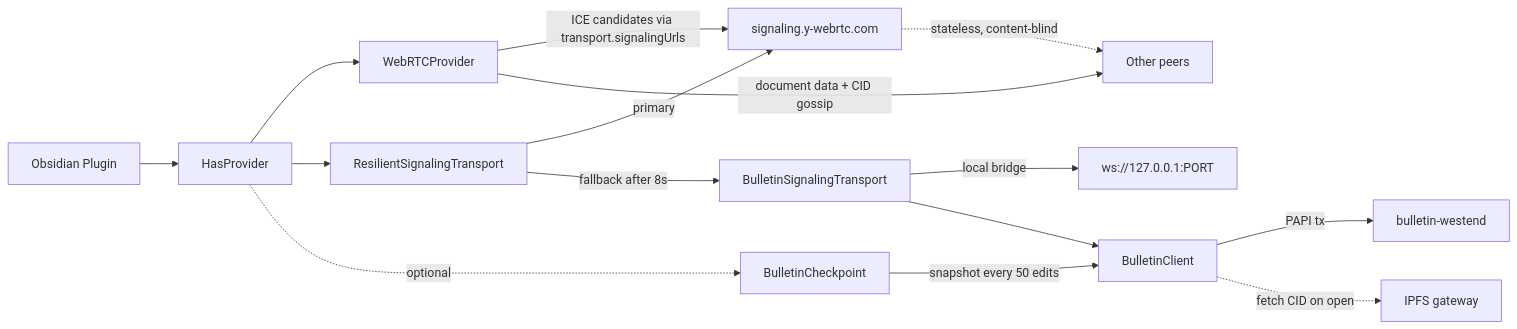
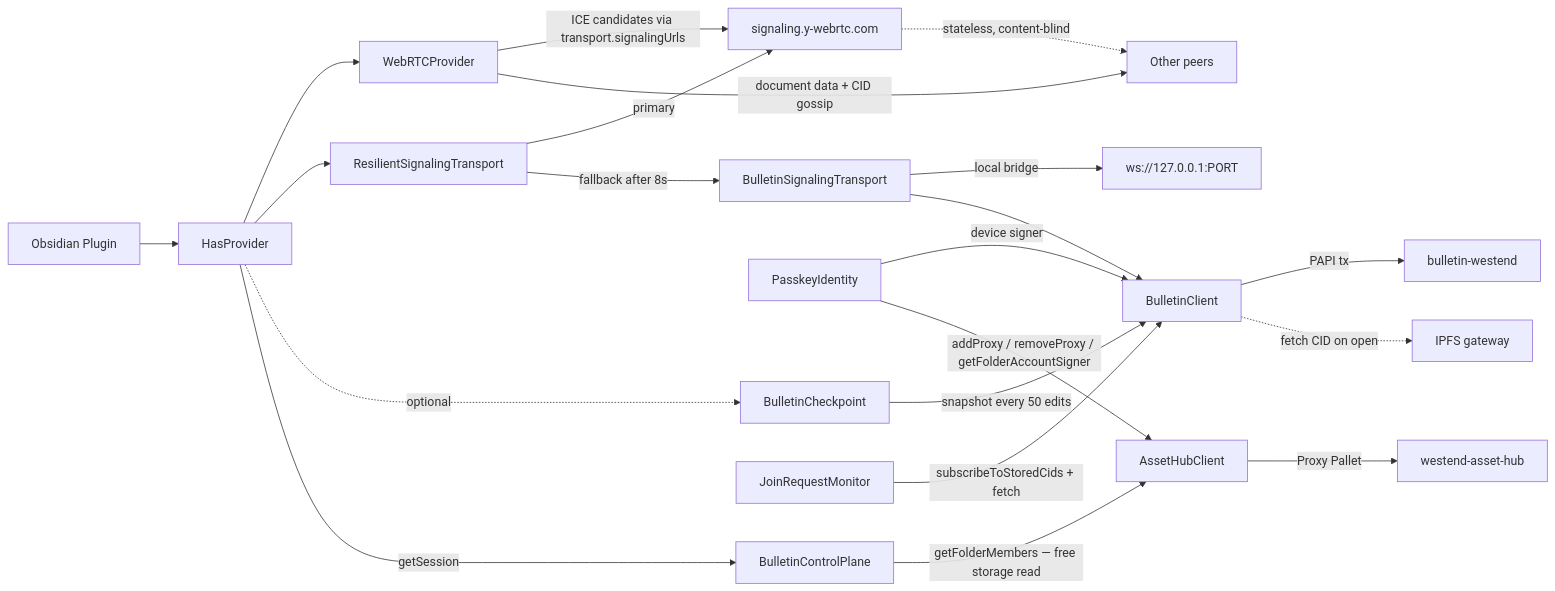
One commit to luzanikita/decentralized-relay changed the second of 8 diagrams in README.md. Above: the diagram before and after it, drawn with Mermaid. The commit also changed other lines of this file, not shown here.

````diff
--- a/README.md
+++ b/README.md
@@ -29,17 +29,23 @@
 ```mermaid
 graph LR
     A[Obsidian Plugin] --> B[HasProvider]
     B --> C[WebRTCProvider]
     B --> T[ResilientSignalingTransport]
     T -->|primary| D[signaling.y-webrtc.com]
     T -->|fallback after 8s| BST[BulletinSignalingTransport]
     BST -->|local bridge| LWS[ws://127.0.0.1:PORT]
     C -->|ICE candidates via transport.signalingUrls| D
     C -->|document data + CID gossip| E[Other peers]
     D -.->|stateless, content-blind| E
     B -.->|optional| F[BulletinCheckpoint]
     F -->|snapshot every 50 edits| G[BulletinClient]
     G -->|PAPI tx| H[bulletin-westend]
     G -.->|fetch CID on open| I[IPFS gateway]
     BST --> G
+    PK[PasskeyIdentity] -->|device signer| G
+    PK -->|addProxy / removeProxy / getFolderAccountSigner| AH[AssetHubClient]
+    AH -->|Proxy Pallet| AHC[westend-asset-hub]
+    B -->|getSession| BCP[BulletinControlPlane]
+    BCP -->|getFolderMembers — free storage read| AH
+    JRM[JoinRequestMonitor] -->|subscribeToStoredCids + fetch| G
 ```
````
